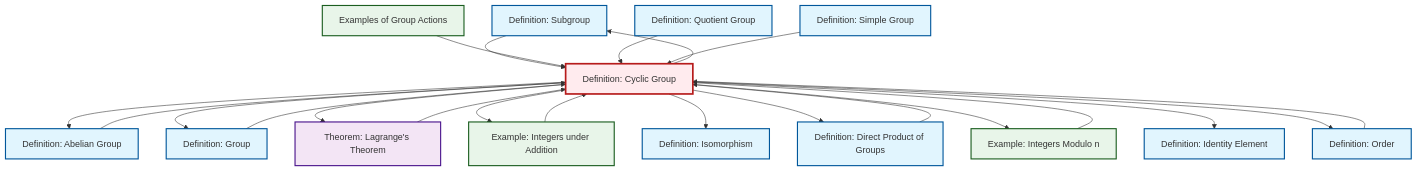
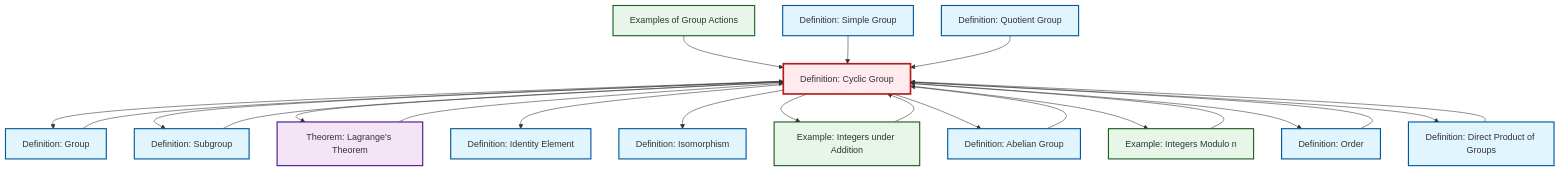
Before and after one commit to RK0429/ModernMath: the diagram in content/en/algebra/def-cyclic-group.qmd, drawn with Mermaid. The commit also changed other lines of this file and 328 other files, not shown here.

````diff
--- a/content/en/algebra/def-cyclic-group.qmd
+++ b/content/en/algebra/def-cyclic-group.qmd
@@ -101,58 +101,58 @@
 ```{mermaid}
 %%| fig-cap: "Local dependency graph"
 graph TD
     classDef definition fill:#e1f5fe,stroke:#01579b,stroke-width:2px
     classDef theorem fill:#f3e5f5,stroke:#4a148c,stroke-width:2px
     classDef axiom fill:#fff3e0,stroke:#e65100,stroke-width:2px
     classDef example fill:#e8f5e9,stroke:#1b5e20,stroke-width:2px
     classDef current fill:#ffebee,stroke:#b71c1c,stroke-width:3px
+    ex-group-action-examples["Examples of Group Actions"]:::example
+    def-identity-element["Definition: Identity Element"]:::definition
+    def-order["Definition: Order"]:::definition
+    def-cyclic-group["Definition: Cyclic Group"]:::definition
     def-subgroup["Definition: Subgroup"]:::definition
-    def-cyclic-group["Definition: Cyclic Group"]:::definition
-    def-order["Definition: Order"]:::definition
+    ex-quotient-integers-mod-n["Example: Integers Modulo n"]:::example
+    def-abelian-group["Definition: Abelian Group"]:::definition
+    def-isomorphism["Definition: Isomorphism"]:::definition
     def-direct-product["Definition: Direct Product of Groups"]:::definition
+    thm-lagrange["Theorem: Lagrange's Theorem"]:::theorem
+    def-simple-group["Definition: Simple Group"]:::definition
+    def-group["Definition: Group"]:::definition
     def-quotient-group["Definition: Quotient Group"]:::definition
     ex-integers-addition["Example: Integers under Addition"]:::example
-    ex-group-action-examples["Examples of Group Actions"]:::example
-    def-isomorphism["Definition: Isomorphism"]:::definition
-    ex-quotient-integers-mod-n["Example: Integers Modulo n"]:::example
-    thm-lagrange["Theorem: Lagrange's Theorem"]:::theorem
-    def-group["Definition: Group"]:::definition
-    def-identity-element["Definition: Identity Element"]:::definition
-    def-simple-group["Definition: Simple Group"]:::definition
-    def-abelian-group["Definition: Abelian Group"]:::definition
+    def-abelian-group --> def-cyclic-group
+    ex-group-action-examples --> def-cyclic-group
+    def-cyclic-group --> def-group
+    def-order --> def-cyclic-group
+    def-group --> def-cyclic-group
+    def-cyclic-group --> def-subgroup
+    def-simple-group --> def-cyclic-group
+    def-cyclic-group --> thm-lagrange
+    def-cyclic-group --> def-identity-element
+    def-direct-product --> def-cyclic-group
+    def-subgroup --> def-cyclic-group
+    def-cyclic-group --> def-isomorphism
+    ex-quotient-integers-mod-n --> def-cyclic-group
+    ex-integers-addition --> def-cyclic-group
+    def-quotient-group --> def-cyclic-group
+    def-cyclic-group --> ex-integers-addition
     def-cyclic-group --> def-abelian-group
-    ex-quotient-integers-mod-n --> def-cyclic-group
-    def-subgroup --> def-cyclic-group
-    def-direct-product --> def-cyclic-group
-    ex-integers-addition --> def-cyclic-group
-    def-cyclic-group --> def-group
-    def-cyclic-group --> thm-lagrange
-    def-order --> def-cyclic-group
-    def-cyclic-group --> ex-integers-addition
-    def-abelian-group --> def-cyclic-group
-    def-cyclic-group --> def-isomorphism
+    def-cyclic-group --> ex-quotient-integers-mod-n
+    def-cyclic-group --> def-order
+    thm-lagrange --> def-cyclic-group
     def-cyclic-group --> def-direct-product
-    def-cyclic-group --> def-subgroup
-    def-cyclic-group --> ex-quotient-integers-mod-n
-    def-cyclic-group --> def-identity-element
-    def-group --> def-cyclic-group
-    def-cyclic-group --> def-order
-    ex-group-action-examples --> def-cyclic-group
-    thm-lagrange --> def-cyclic-group
-    def-quotient-group --> def-cyclic-group
-    def-simple-group --> def-cyclic-group
     class def-cyclic-group current
+    click ex-group-action-examples "ex-group-action-examples.html" "Go to Examples of Group Actions"
+    click def-identity-element "def-identity-element.html" "Go to Identity Element definition"
+    click def-order "def-order.html" "Go to Order definition"
     click def-subgroup "def-subgroup.html" "Go to Subgroup definition"
-    click def-order "def-order.html" "Go to Order definition"
+    click ex-quotient-integers-mod-n "ex-quotient-integers-mod-n.html" "Go to Integers Modulo n example"
+    click def-abelian-group "def-abelian-group.html" "Go to Abelian Group definition"
+    click def-isomorphism "def-isomorphism.html" "Go to Isomorphism definition"
     click def-direct-product "def-direct-product.html" "Go to Direct Product of Groups definition"
+    click thm-lagrange "thm-lagrange.html" "Go to Lagrange's Theorem theorem"
+    click def-simple-group "def-simple-group.html" "Go to Simple Group definition"
+    click def-group "def-group.html" "Go to Group definition"
     click def-quotient-group "def-quotient-group.html" "Go to Quotient Group definition"
     click ex-integers-addition "ex-integers-addition.html" "Go to Integers under Addition example"
-    click ex-group-action-examples "ex-group-action-examples.html" "Go to Examples of Group Actions"
-    click def-isomorphism "def-isomorphism.html" "Go to Isomorphism definition"
-    click ex-quotient-integers-mod-n "ex-quotient-integers-mod-n.html" "Go to Integers Modulo n example"
-    click thm-lagrange "thm-lagrange.html" "Go to Lagrange's Theorem theorem"
-    click def-group "def-group.html" "Go to Group definition"
-    click def-identity-element "def-identity-element.html" "Go to Identity Element definition"
-    click def-simple-group "def-simple-group.html" "Go to Simple Group definition"
-    click def-abelian-group "def-abelian-group.html" "Go to Abelian Group definition"
 ```
````
